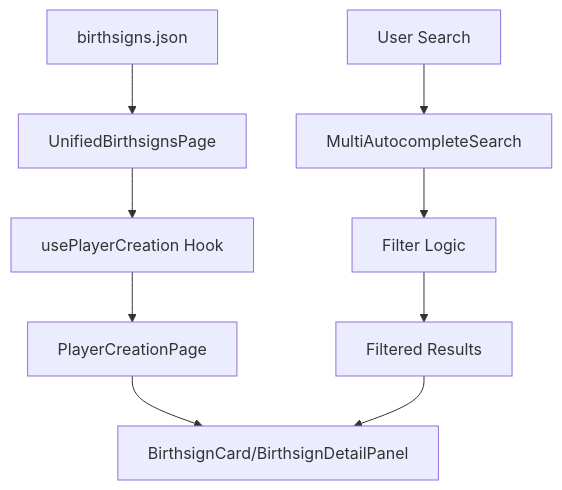
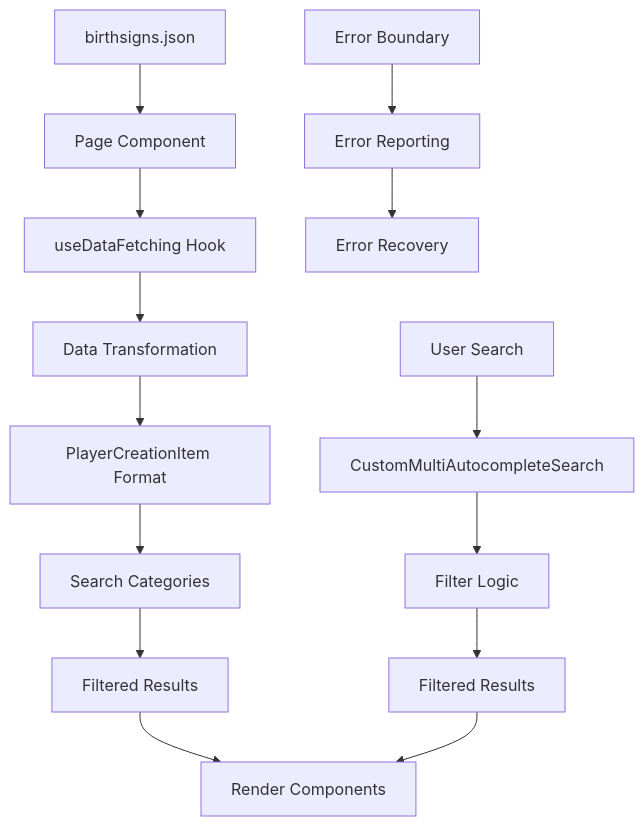
One commit to BardicNoel/lorerim-arcaneum changed the diagram in src/features/birthsigns/birthsigns-feature-doc.md. Above: the diagram before and after it, drawn with Mermaid. The commit also changed other lines of this file and 8 other files, not shown here.

````diff
--- a/src/features/birthsigns/birthsigns-feature-doc.md
+++ b/src/features/birthsigns/birthsigns-feature-doc.md
@@ -117,12 +183,18 @@
 ```mermaid
 graph TD
-    A[birthsigns.json] --> B[UnifiedBirthsignsPage]
-    B --> C[usePlayerCreation Hook]
-    C --> D[PlayerCreationPage]
-    D --> E[BirthsignCard/BirthsignDetailPanel]
-    
-    F[User Search] --> G[MultiAutocompleteSearch]
-    G --> H[Filter Logic]
-    H --> I[Filtered Results]
-    I --> E
+    A[birthsigns.json] --> B[Page Component]
+    B --> C[useDataFetching Hook]
+    C --> D[Data Transformation]
+    D --> E[PlayerCreationItem Format]
+    E --> F[Search Categories]
+    F --> G[Filtered Results]
+    G --> H[Render Components]
+
+    I[User Search] --> J[CustomMultiAutocompleteSearch]
+    J --> K[Filter Logic]
+    K --> L[Filtered Results]
+    L --> H
+
+    M[Error Boundary] --> N[Error Reporting]
+    N --> O[Error Recovery]
 ```
````
